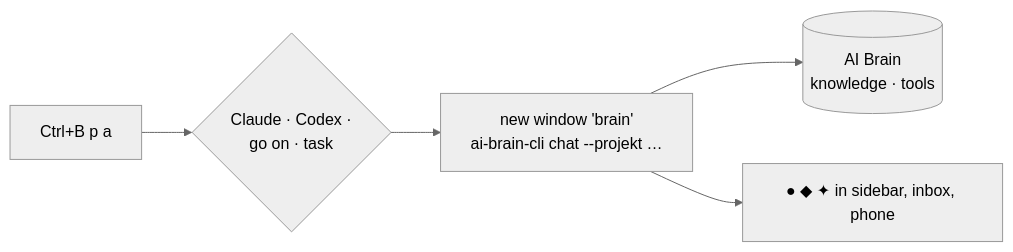
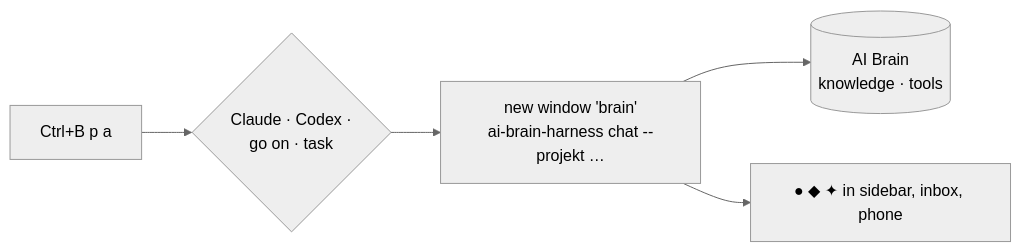
Before and after one commit to bastianhenneberg/imkr: the first of 4 diagrams in docs/src/ai-brain.md, drawn with Mermaid (neutral theme). The commit also changed other lines of this file and 12 other files, not shown here.

First line of the commit message:
v0.21.35: AI Brain heißt jetzt ai-brain-harness

````diff
--- a/docs/src/ai-brain.md
+++ b/docs/src/ai-brain.md
@@ -28,7 +28,7 @@
 ```mermaid
 flowchart LR
     K["Ctrl+B p a"] --> C{"Claude · Codex ·<br/>go on · task"}
-    C --> W["new window 'brain'<br/>ai-brain-cli chat --projekt …"]
+    C --> W["new window 'brain'<br/>ai-brain-harness chat --projekt …"]
     W --> B[("AI Brain<br/>knowledge · tools")]
     W --> S["● ◆ ✦ in sidebar, inbox, phone"]
 ```
````
